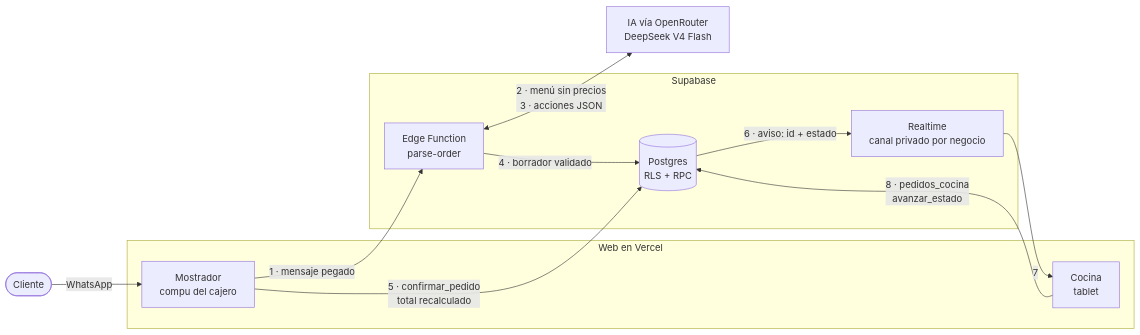
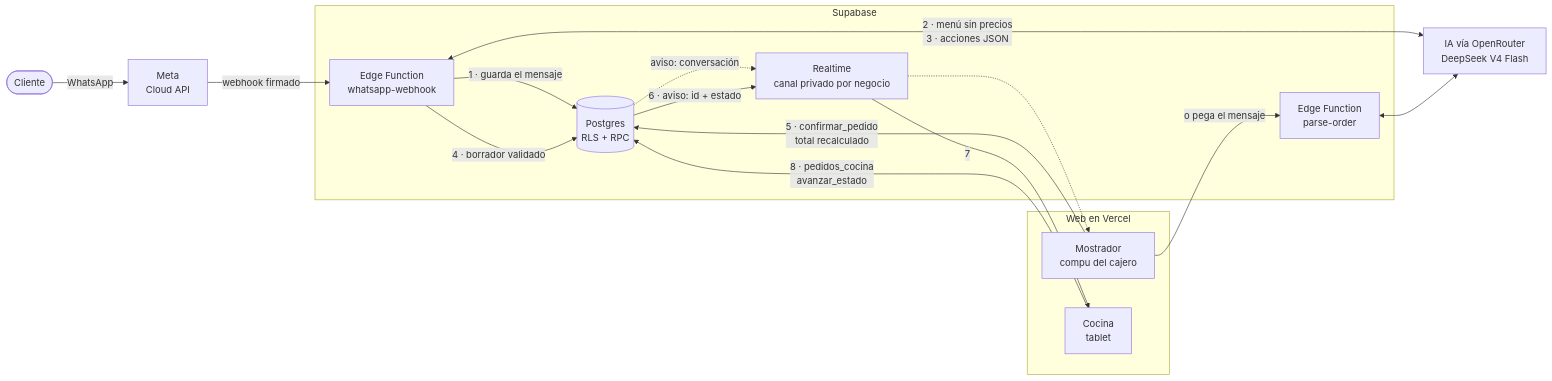
Before and after one commit to JAJADJSJAJ/ANOTADO: the diagram in README.md, drawn with Mermaid. The commit also changed other lines of this file and 3 other files, not shown here.

Commit message:
docs: fase 5, WhatsApp con Meta Cloud API

````diff
--- a/README.md
+++ b/README.md
@@ -28,22 +29,28 @@
 ```mermaid
 flowchart LR
-  cliente([Cliente]) -- WhatsApp --> mostrador
+  cliente([Cliente]) -- WhatsApp --> meta[Meta<br/>Cloud API]
+  meta -- webhook firmado --> wh
   subgraph web[Web en Vercel]
     mostrador[Mostrador<br/>compu del cajero]
     cocina[Cocina<br/>tablet]
   end
   subgraph supabase[Supabase]
+    wh[Edge Function<br/>whatsapp-webhook]
     fn[Edge Function<br/>parse-order]
     db[(Postgres<br/>RLS + RPC)]
     rt[Realtime<br/>canal privado por negocio]
   end
   ia[IA vía OpenRouter<br/>DeepSeek V4 Flash]
 
-  mostrador -- 1 · mensaje pegado --> fn
-  fn <-- 2 · menú sin precios<br/>3 · acciones JSON --> ia
-  fn -- 4 · borrador validado --> db
+  wh -- 1 · guarda el mensaje --> db
+  wh <-- 2 · menú sin precios<br/>3 · acciones JSON --> ia
+  wh -- 4 · borrador validado --> db
+  db -. aviso: conversación .-> rt
+  rt -.-> mostrador
+  mostrador -- o pega el mensaje --> fn
+  fn <--> ia
   mostrador -- 5 · confirmar_pedido<br/>total recalculado --> db
   db -- 6 · aviso: id + estado --> rt
   rt -- 7 --> cocina
   cocina -- 8 · pedidos_cocina<br/>avanzar_estado --> db
 ```
````
